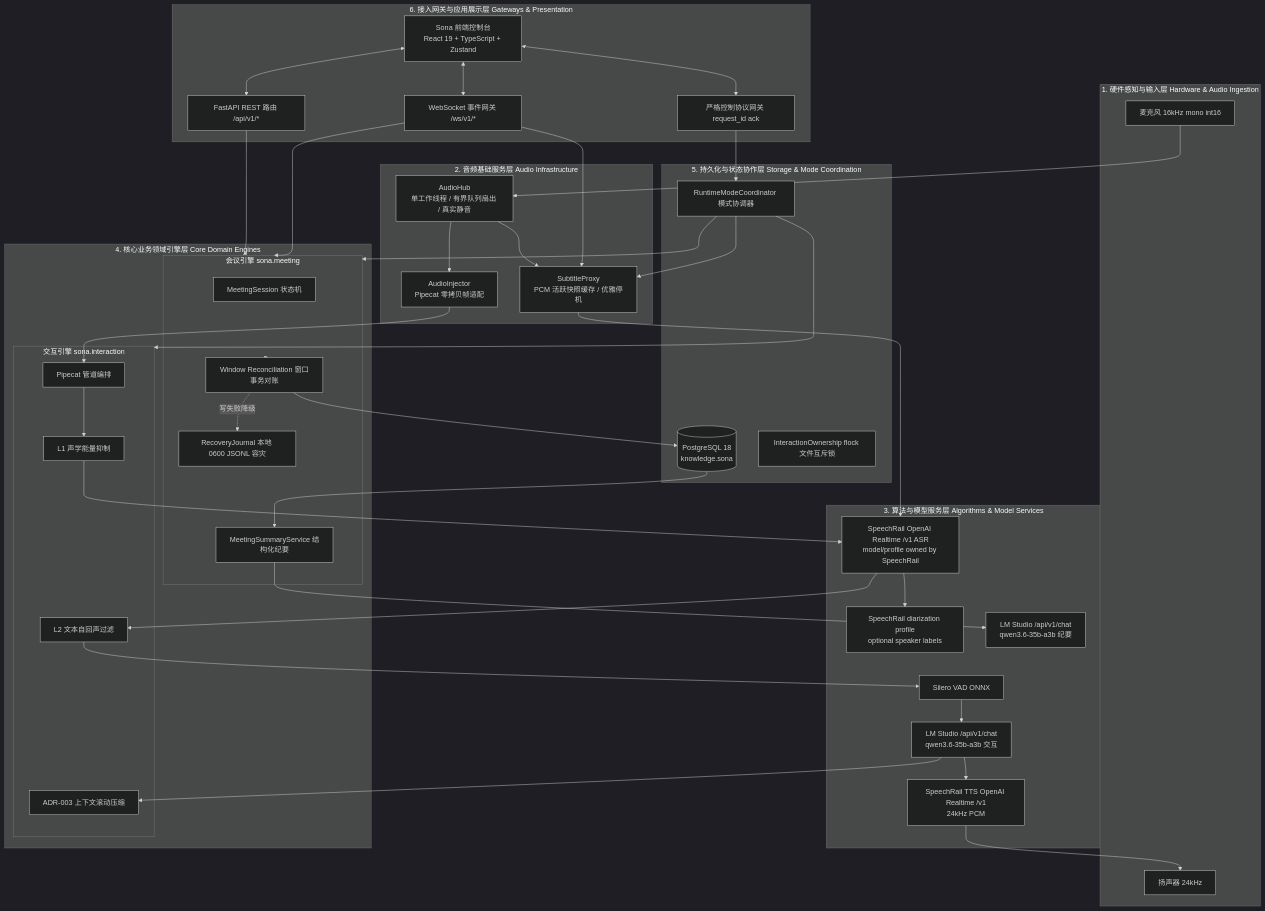
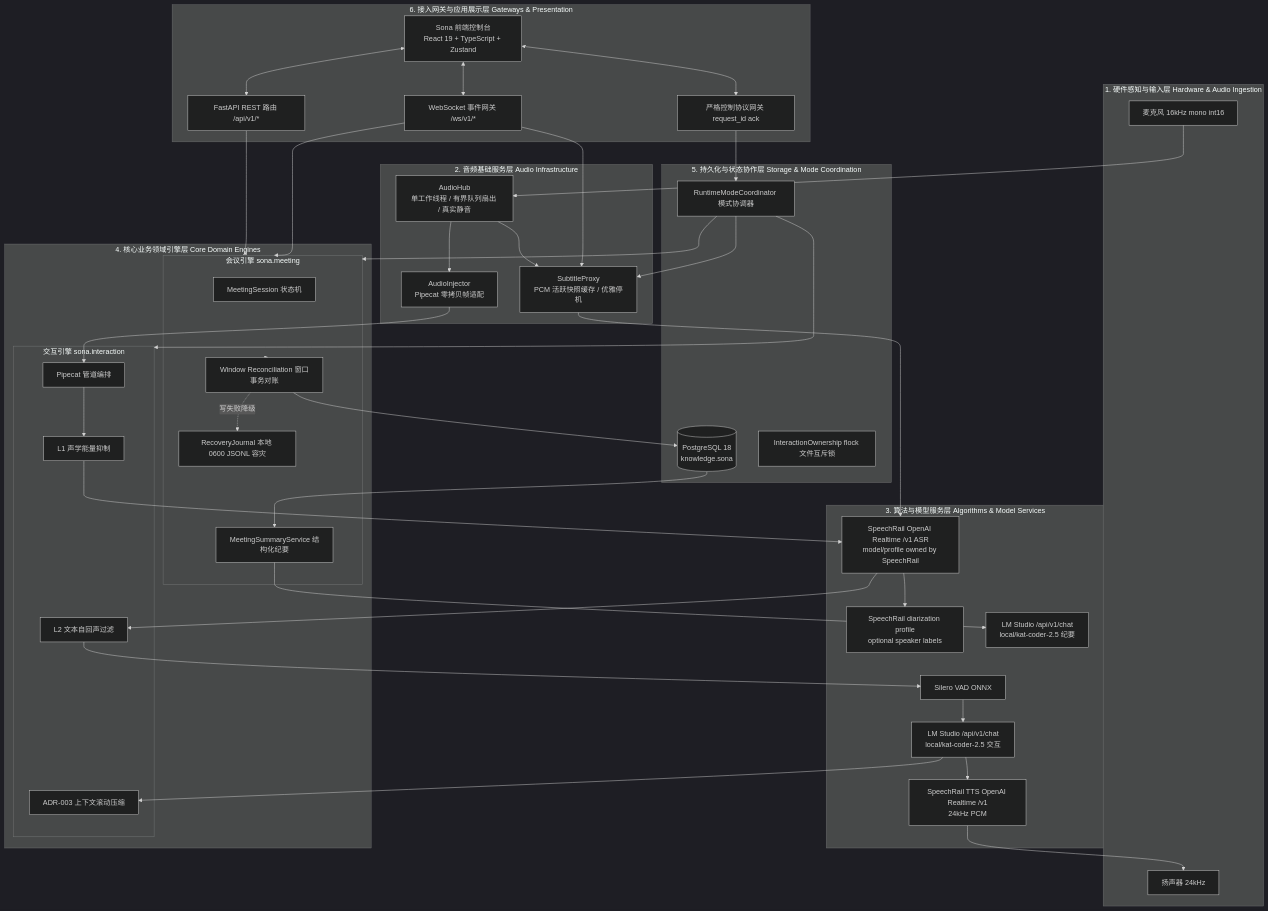
The first of 13 diagrams in docs/architecture/系统总体架构与详细设计方案.md (hrygo/voice-realtime), drawn with Mermaid (dark theme) before and after one commit. The commit also changed other lines of this file and 6 other files, not shown here.

Commit message:
docs: 统一默认模型为 local/kat-coder-2.5 并补充 LM Studio 配置分层

```diff
--- a/docs/architecture/系统总体架构与详细设计方案.md
+++ b/docs/architecture/系统总体架构与详细设计方案.md
@@ -132,8 +132,8 @@
         VAD_M[Silero VAD ONNX]
         ASR_M[SpeechRail OpenAI Realtime /v1 ASR<br/>model/profile owned by SpeechRail]
         DIAR_M[SpeechRail diarization profile<br/>optional speaker labels]
-        LLM_M1[LM Studio /api/v1/chat<br/>qwen3.6-35b-a3b 交互]
-        LLM_M2[LM Studio /api/v1/chat<br/>qwen3.6-35b-a3b 纪要]
+        LLM_M1[LM Studio /api/v1/chat<br/>local/kat-coder-2.5 交互]
+        LLM_M2[LM Studio /api/v1/chat<br/>local/kat-coder-2.5 纪要]
         TTS_M[SpeechRail TTS OpenAI Realtime /v1<br/>24kHz PCM]
     end
 
```
